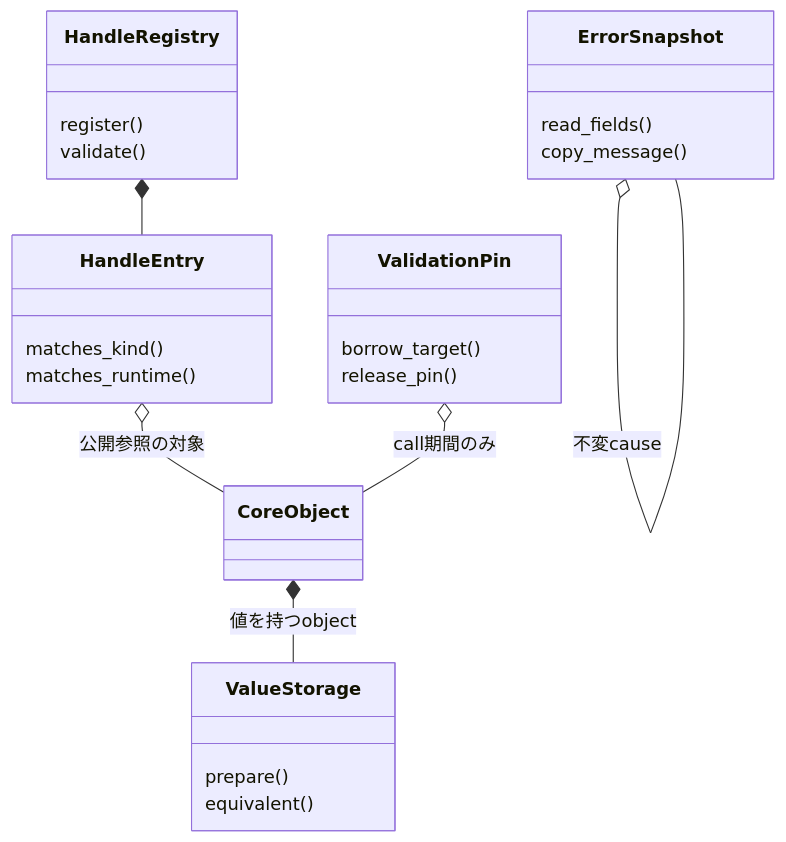
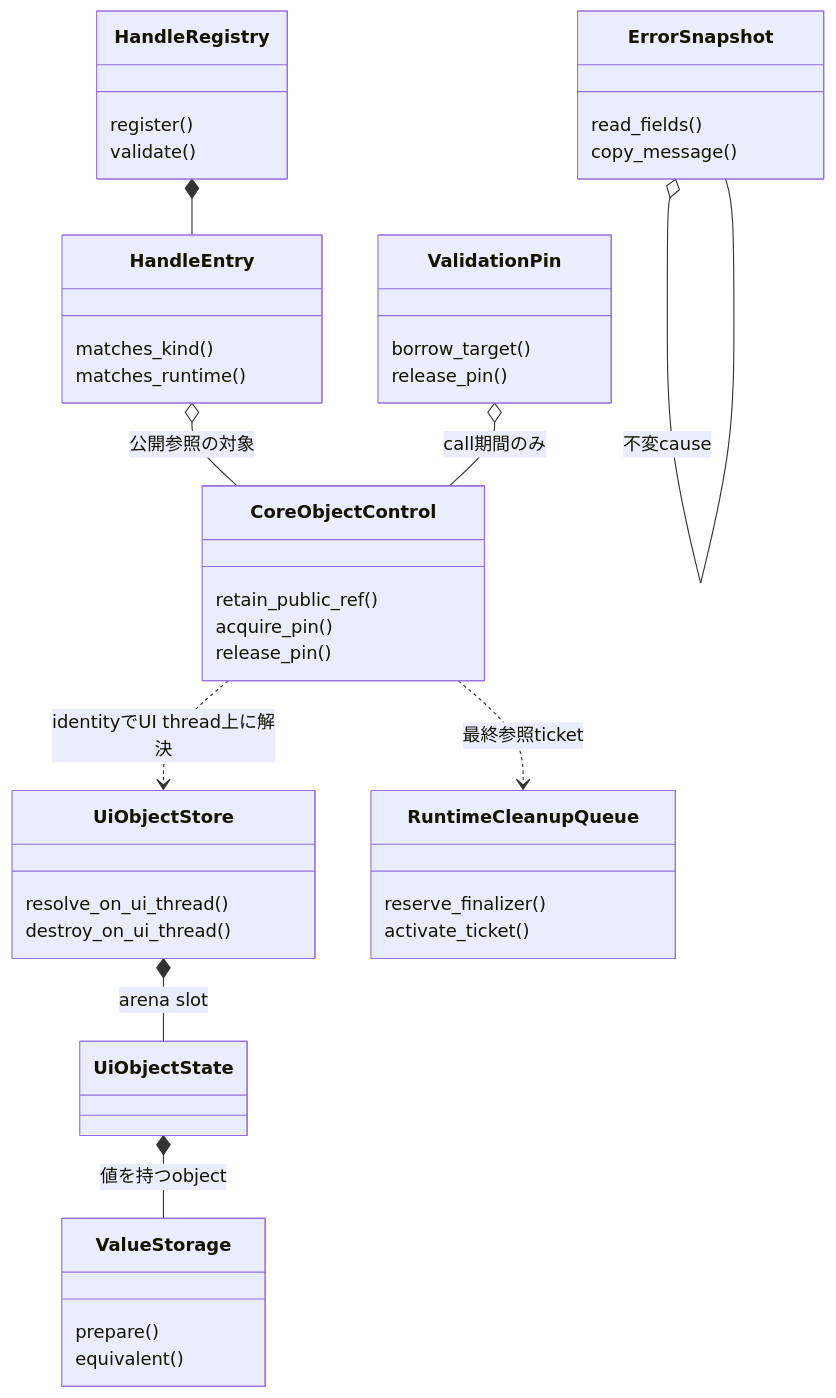
The fourth of 4 diagrams in .docs/13_detail_design/runtime-objects/objects-values.md (edamame-edame/freemvvm), drawn with Mermaid before and after one commit. The commit also changed other lines of this file and 339 other files, not shown here.

Commit message:
Bootstrap Rust core runtime and development environment

````diff
--- a/.docs/13_detail_design/runtime-objects/objects-values.md
+++ b/.docs/13_detail_design/runtime-objects/objects-values.md
@@ -210,30 +272,46 @@
 ```mermaid
 classDiagram
     direction TB
     class HandleRegistry {
         register()
         validate()
     }
     class HandleEntry {
         matches_kind()
         matches_runtime()
     }
     class ValidationPin {
         borrow_target()
         release_pin()
     }
-    class CoreObject
+    class CoreObjectControl {
+        retain_public_ref()
+        acquire_pin()
+        release_pin()
+    }
+    class UiObjectStore {
+        resolve_on_ui_thread()
+        destroy_on_ui_thread()
+    }
+    class UiObjectState
+    class RuntimeCleanupQueue {
+        reserve_finalizer()
+        activate_ticket()
+    }
     class ValueStorage {
         prepare()
         equivalent()
     }
     class ErrorSnapshot {
         read_fields()
         copy_message()
     }
     HandleRegistry *-- HandleEntry
-    HandleEntry o-- CoreObject : 公開参照の対象
-    ValidationPin o-- CoreObject : call期間のみ
-    CoreObject *-- ValueStorage : 値を持つobject
+    HandleEntry o-- CoreObjectControl : 公開参照の対象
+    ValidationPin o-- CoreObjectControl : call期間のみ
+    CoreObjectControl ..> UiObjectStore : identityでUI thread上に解決
+    CoreObjectControl ..> RuntimeCleanupQueue : 最終参照ticket
+    UiObjectStore *-- UiObjectState : arena slot
+    UiObjectState *-- ValueStorage : 値を持つobject
     ErrorSnapshot o-- ErrorSnapshot : 不変cause
 ```
````
